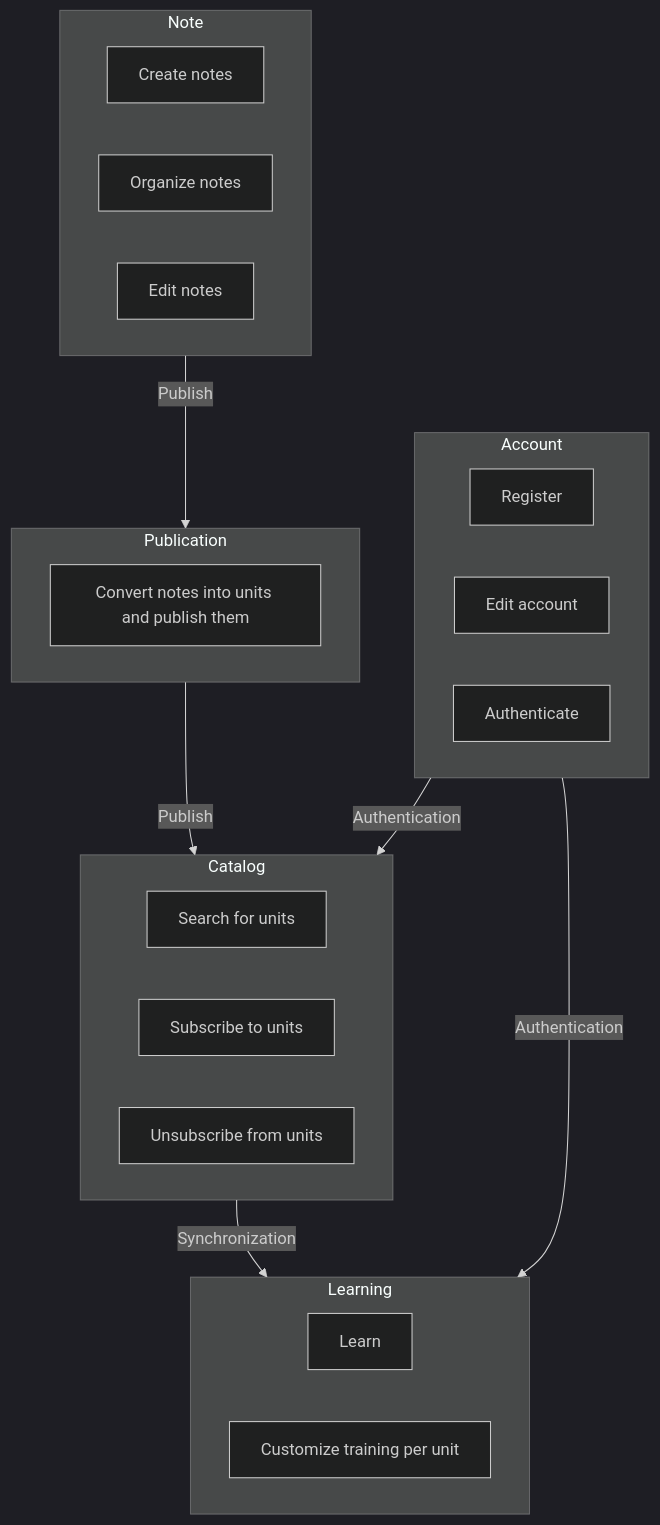
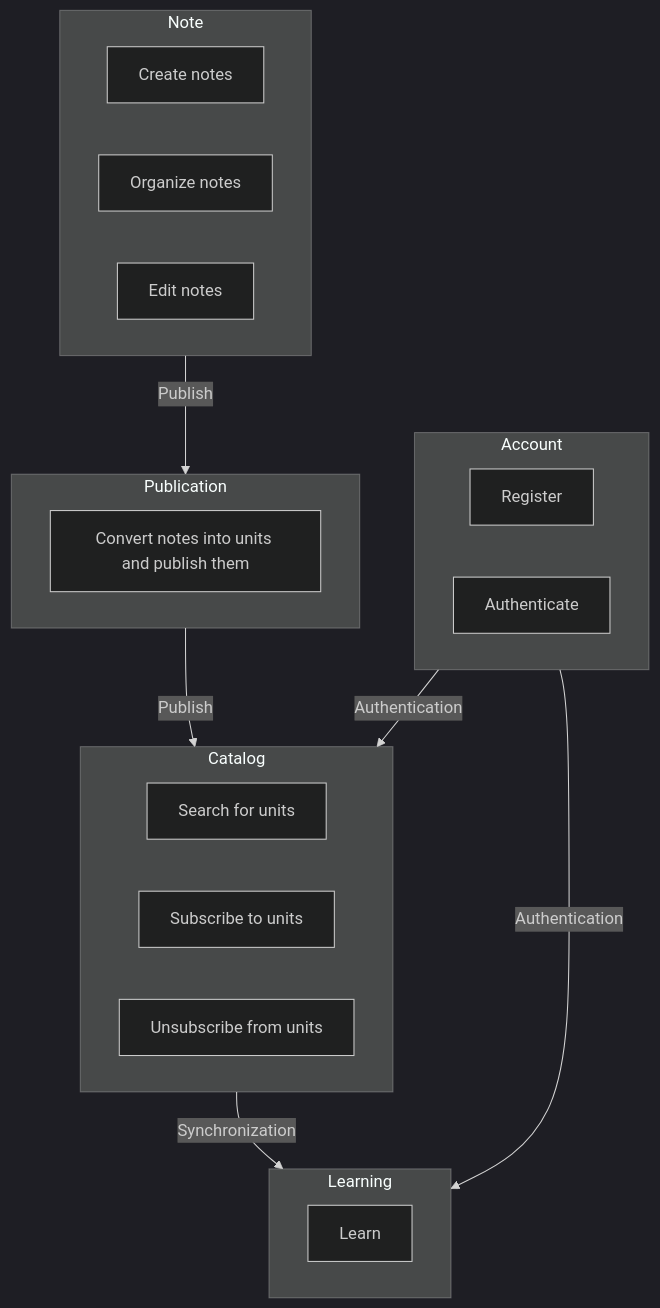
The first of 4 diagrams in architecture/global-architecture.md (kiao-lp/kiao-lp.github.io), drawn with Mermaid (dark theme) before and after one commit. The commit also changed other lines of this file and 3 other files, not shown here.

````diff
--- a/architecture/global-architecture.md
+++ b/architecture/global-architecture.md
@@ -7,37 +7,35 @@
 ```mermaid
 flowchart TB
     %% Main zoning
     subgraph Note["Note"]
         N1["Create notes"]
         N2["Organize notes"]
         N3["Edit notes"]
     end
 
     subgraph Publication["Publication"]
         P1["Convert notes into units and publish them"]
     end
 
     subgraph Catalog["Catalog"]
         C1["Search for units"]
         C2["Subscribe to units"]
         C3["Unsubscribe from units"]
     end
 
     subgraph Account["Account"]
         U1["Register"]
-        U2["Edit account"]
         U3["Authenticate"]
     end
 
     subgraph Learning["Learning"]
         E1["Learn"]
-        E2["Customize training per unit"]
     end
 
     %% Links between zones
     Note -- Publish --> Publication
     Publication -- Publish --> Catalog
     Catalog -- Synchronization --> Learning
     Account -- Authentication --> Learning
     Account -- Authentication --> Catalog
 ```
````
